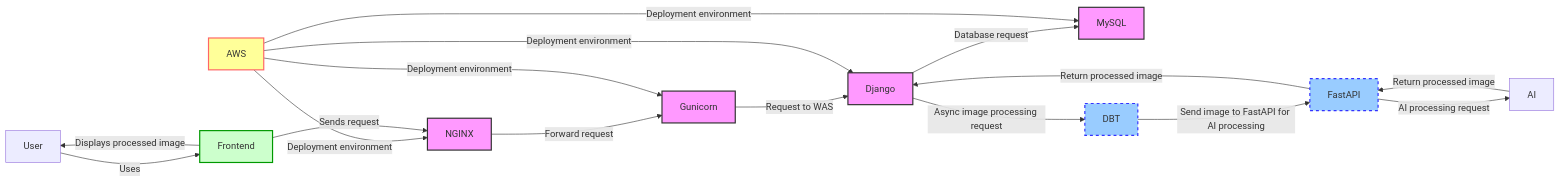
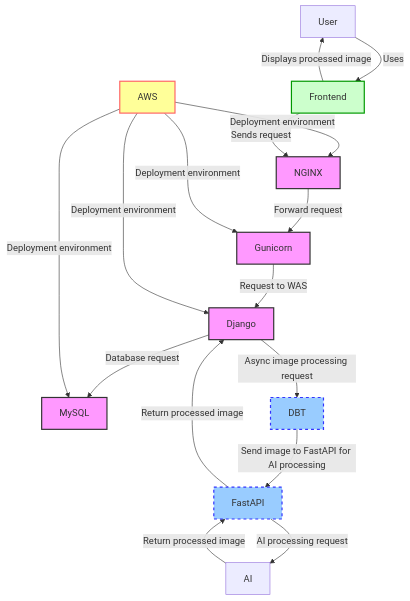
The third of 13 diagrams in README.md (0-CDOE/django_server), drawn with Mermaid before and after one commit.

````diff
--- a/README.md
+++ b/README.md
@@ -436,33 +436,33 @@
 ```mermaid
-graph LR
+graph TD
 
     NGINX -->|Forward request| Gunicorn
     Gunicorn -->|Request to WAS| Django
     Django -->|Database request| MySQL
 
     Django -->|Async image processing request| DBT
     DBT -->|Send image to FastAPI for AI processing| FastAPI
     FastAPI -->|AI processing request| AI
     AI -->|Return processed image| FastAPI
     FastAPI -->|Return processed image| Django
 
     AWS -->|Deployment environment| NGINX
     AWS -->|Deployment environment| Gunicorn
     AWS -->|Deployment environment| Django
     AWS -->|Deployment environment| MySQL
 
     User -->|Uses| Frontend
     Frontend -->|Sends request| NGINX
     Frontend -->|Displays processed image| User
 
     classDef server fill:#f9f,stroke:#333,stroke-width:2px
     classDef async fill:#9cf,stroke:#33f,stroke-width:2px,stroke-dasharray: 5, 5
     classDef cloud fill:#ff9,stroke:#f66,stroke-width:2px
     classDef frontend fill:#cfc,stroke:#090,stroke-width:2px
 
     class NGINX,Gunicorn,Django,MySQL server
     class DBT,FastAPI async
     class AWS cloud
     class Frontend frontend
     
 ```
````
